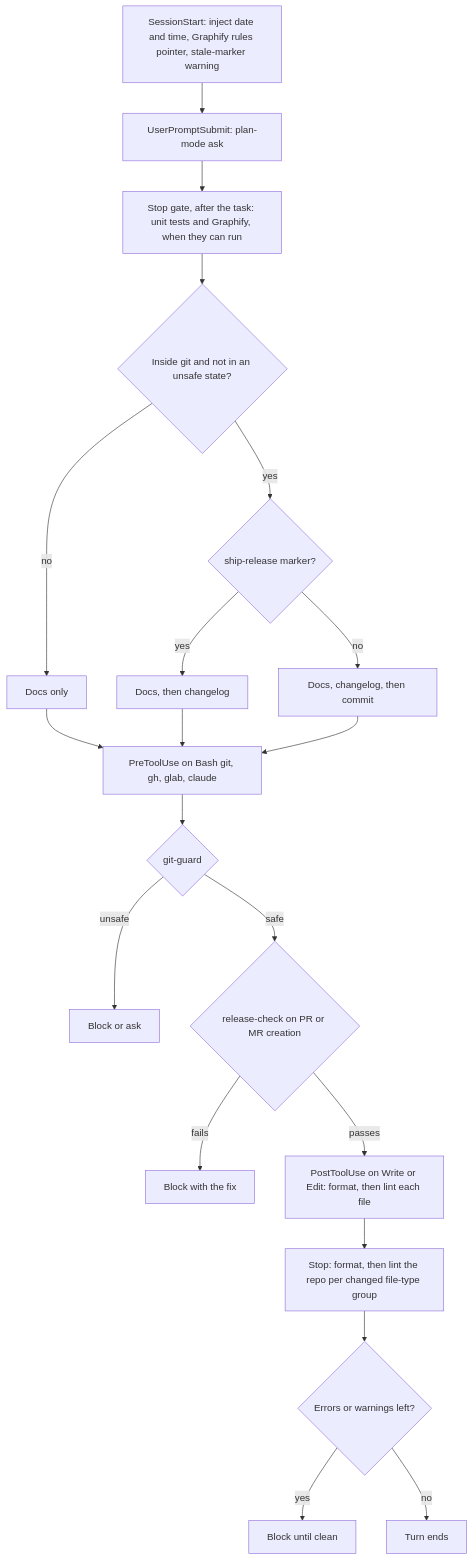
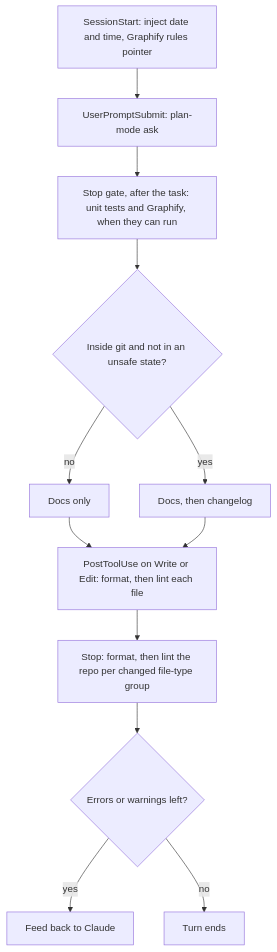
Before and after one commit to patrickquijano/claude-dev-kit: the diagram in README.md, drawn with Mermaid. The commit also changed other lines of this file, not shown here.

````diff
--- a/README.md
+++ b/README.md
@@ -147,22 +151,14 @@
 ```mermaid
 flowchart TD
-    A["SessionStart: inject date and time, Graphify rules pointer, stale-marker warning"] --> B["UserPromptSubmit: plan-mode ask"]
+    A["SessionStart: inject date and time, Graphify rules pointer"] --> B["UserPromptSubmit: plan-mode ask"]
     B --> E["Stop gate, after the task: unit tests and Graphify, when they can run"]
     E --> P{"Inside git and not in an unsafe state?"}
     P -- no --> Q["Docs only"]
-    P -- yes --> S{"ship-release marker?"}
-    S -- yes --> T["Docs, then changelog"]
-    S -- no --> R["Docs, changelog, then commit"]
-    Q --> F["PreToolUse on Bash git, gh, glab, claude"]
-    T --> F
-    R --> F
-    F --> G{"git-guard"}
-    G -- unsafe --> H["Block or ask"]
-    G -- safe --> I{"release-check on PR or MR creation"}
-    I -- fails --> J["Block with the fix"]
-    I -- passes --> K["PostToolUse on Write or Edit: format, then lint each file"]
+    P -- yes --> R["Docs, then changelog"]
+    Q --> K["PostToolUse on Write or Edit: format, then lint each file"]
+    R --> K
     K --> L["Stop: format, then lint the repo per changed file-type group"]
     L --> M{"Errors or warnings left?"}
-    M -- yes --> N["Block until clean"]
+    M -- yes --> N["Feed back to Claude"]
     M -- no --> O["Turn ends"]
 ```
````
